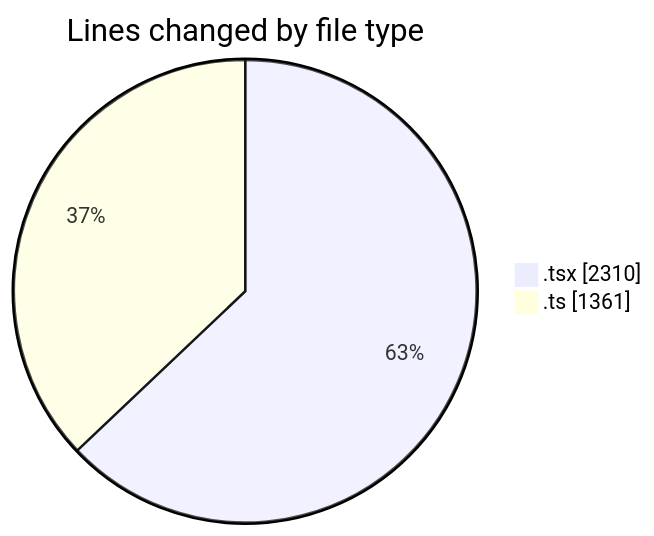
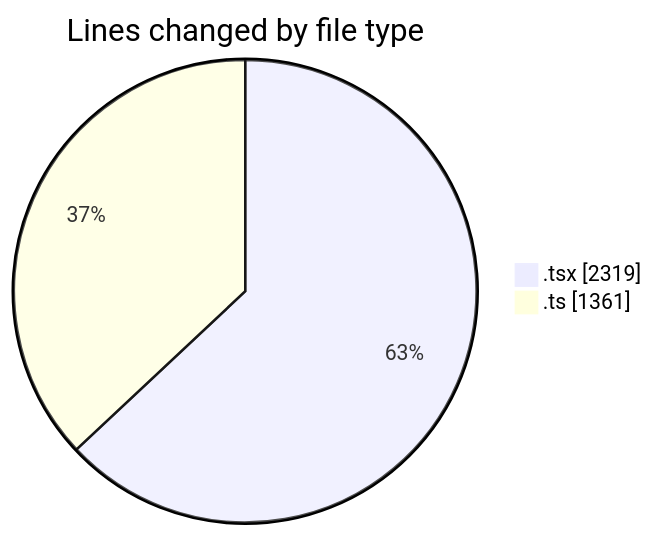
One commit to nxtqubesakshisongat/code-tracking changed the first of 2 diagrams in 2026-03-06/nxtqube_webapp/README.md. Above: the diagram before and after it, drawn with Mermaid. The commit also changed other lines of this file and 1 other file, not shown here.

````diff
--- a/2026-03-06/nxtqube_webapp/README.md
+++ b/2026-03-06/nxtqube_webapp/README.md
@@ -29,6 +29,6 @@
 ```mermaid
 pie showData
 title Lines changed by file type
-".tsx" : 2310
+".tsx" : 2319
 ".ts" : 1361
 ```
````
